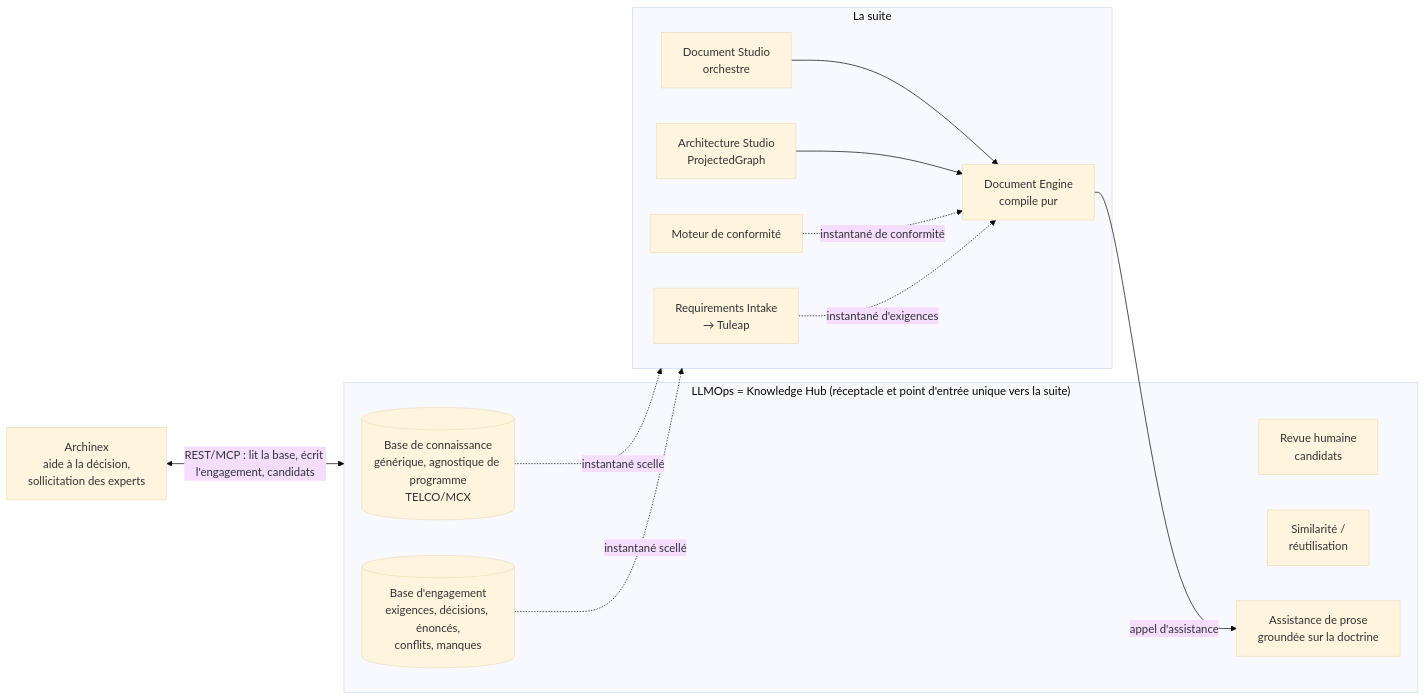
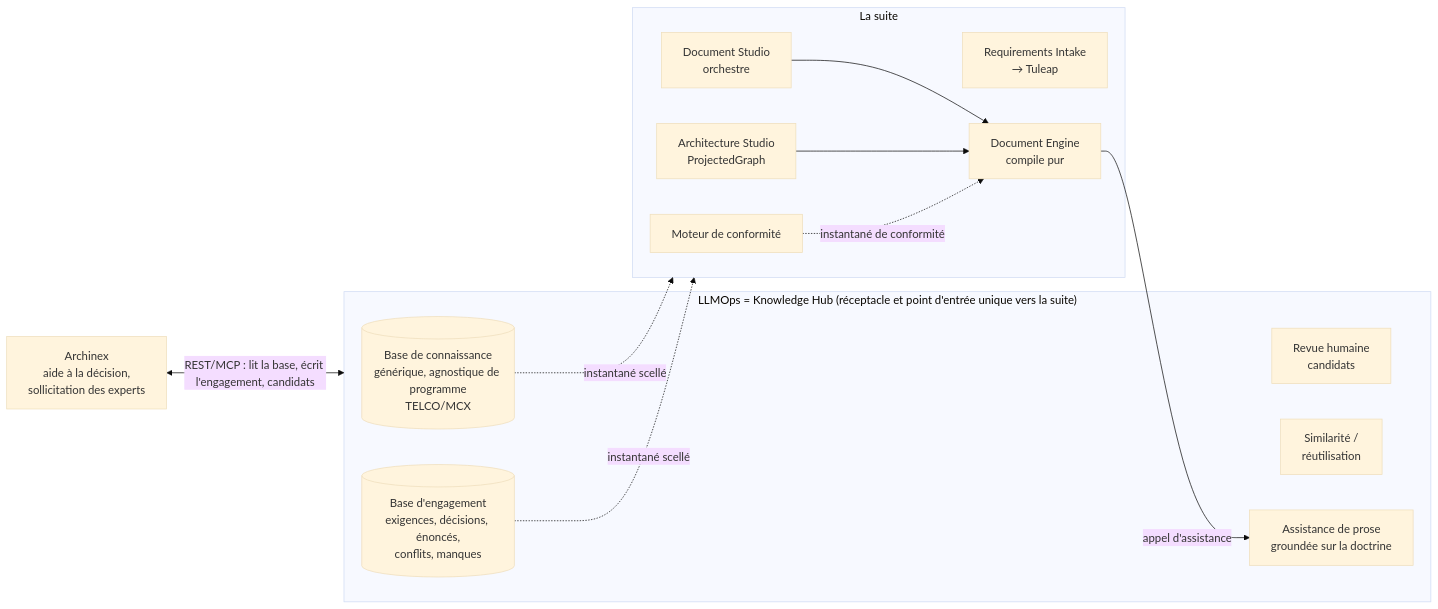
One commit to MauriceIsrael/LLMOps changed the diagram in docs/SUITE-MAP.md. Above: the diagram before and after it, drawn with Mermaid (base theme). The commit also changed other lines of this file and 17 other files, not shown here.

````diff
--- a/docs/SUITE-MAP.md
+++ b/docs/SUITE-MAP.md
@@ -19,26 +22,25 @@
 ```mermaid
 flowchart LR
   subgraph Hub["LLMOps = Knowledge Hub (réceptacle et point d'entrée unique vers la suite)"]
     KB[(Base de connaissance\ngénérique, agnostique de programme\nTELCO/MCX)]
     ENG[(Base d'engagement\nexigences, décisions, énoncés,\nconflits, manques)]
     REV[Revue humaine\ncandidats]
     SIM[Similarité /\nréutilisation]
     PS[Assistance de prose\ngroundée sur la doctrine]
   end
   ARX["Archinex\naide à la décision,\nsollicitation des experts"]
   subgraph SUITE["La suite"]
     AS[Architecture Studio\nProjectedGraph]
     RI[Requirements Intake\n→ Tuleap]
     CE[Moteur de conformité]
     DE[Document Engine\ncompile pur]
     DS[Document Studio\norchestre]
   end
   ARX <-- REST/MCP : lit la base, écrit l'engagement, candidats --> Hub
   KB -. instantané scellé .-> SUITE
   ENG -. instantané scellé .-> SUITE
   DE -- appel d'assistance --> PS
   DS --> DE
   AS --> DE
   CE -. instantané de conformité .-> DE
-  RI -. instantané d'exigences .-> DE
 ```
````
